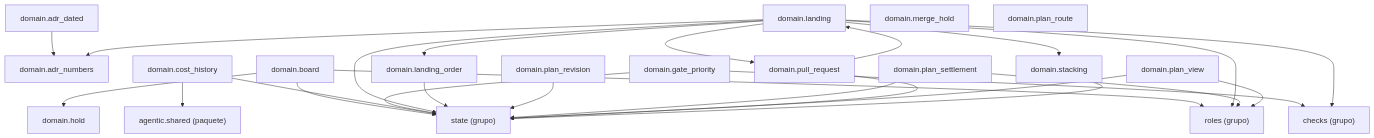
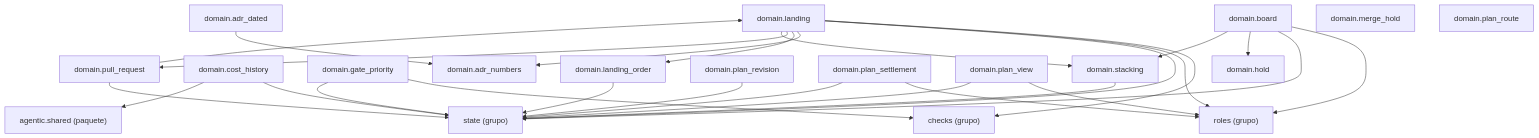
One commit to GonzaloZevallos/agentic-system changed the diagram in docs/architecture/generated/packages-process-domain-landing.md. Above: the diagram before and after it, drawn with Mermaid. The commit also changed 19 other files, not shown here.

Commit message:
Move board_sync out of the lifecycle cluster so its diagram stays within budget

````diff
--- a/docs/architecture/generated/packages-process-domain-landing.md
+++ b/docs/architecture/generated/packages-process-domain-landing.md
@@ -13,46 +13,47 @@
 ```mermaid
 graph TD
     g_domain__checks["checks (grupo)"]
     g_domain__roles["roles (grupo)"]
     g_domain__state["state (grupo)"]
     g_pkg__agentic__shared["agentic.shared (paquete)"]
     m_domain__adr_dated["domain.adr_dated"]
     m_domain__adr_numbers["domain.adr_numbers"]
     m_domain__board["domain.board"]
     m_domain__cost_history["domain.cost_history"]
     m_domain__gate_priority["domain.gate_priority"]
     m_domain__hold["domain.hold"]
     m_domain__landing["domain.landing"]
     m_domain__landing_order["domain.landing_order"]
     m_domain__merge_hold["domain.merge_hold"]
     m_domain__plan_revision["domain.plan_revision"]
     m_domain__plan_route["domain.plan_route"]
     m_domain__plan_settlement["domain.plan_settlement"]
     m_domain__plan_view["domain.plan_view"]
     m_domain__pull_request["domain.pull_request"]
     m_domain__stacking["domain.stacking"]
     m_domain__adr_dated --> m_domain__adr_numbers
     m_domain__board --> g_domain__roles
     m_domain__board --> g_domain__state
     m_domain__board --> m_domain__hold
+    m_domain__board --> m_domain__stacking
     m_domain__cost_history --> g_domain__state
     m_domain__cost_history --> g_pkg__agentic__shared
     m_domain__gate_priority --> g_domain__checks
     m_domain__gate_priority --> g_domain__state
     m_domain__landing --> g_domain__checks
     m_domain__landing --> g_domain__roles
     m_domain__landing --> g_domain__state
     m_domain__landing --> m_domain__adr_numbers
     m_domain__landing --> m_domain__landing_order
     m_domain__landing --> m_domain__pull_request
     m_domain__landing --> m_domain__stacking
     m_domain__landing_order --> g_domain__state
     m_domain__plan_revision --> g_domain__state
     m_domain__plan_settlement --> g_domain__roles
     m_domain__plan_settlement --> g_domain__state
     m_domain__plan_view --> g_domain__roles
     m_domain__plan_view --> g_domain__state
     m_domain__pull_request --> g_domain__state
     m_domain__pull_request --> m_domain__landing
     m_domain__stacking --> g_domain__state
 ```
````
